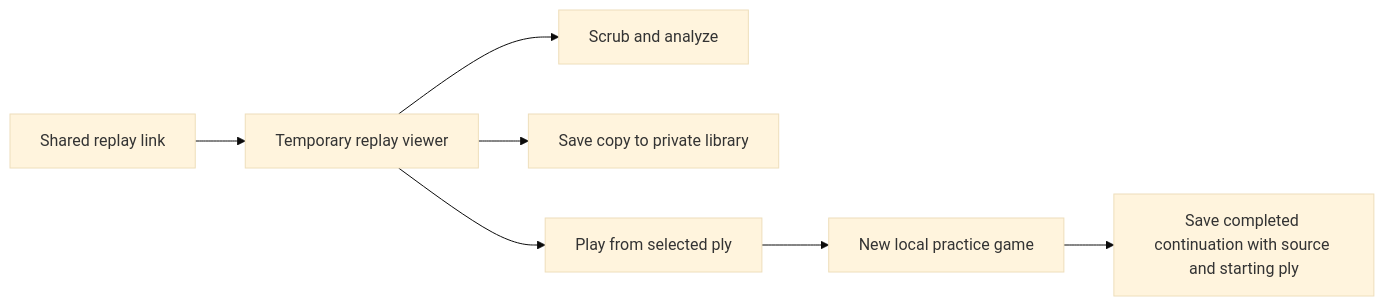
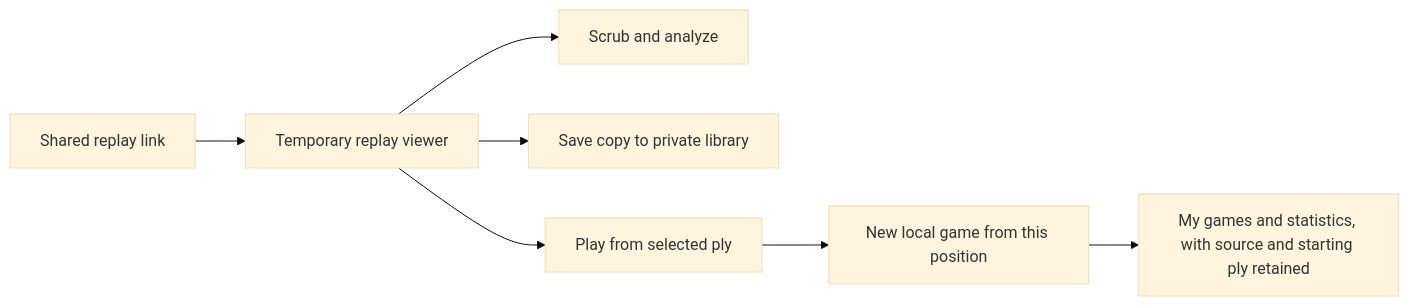
The diagram in docs/working/v0_6_profiles_and_replays.md (byebyebryan/gomoku2d), drawn with Mermaid (base theme) before and after one commit. The commit also changed other lines of this file and 36 other files, not shown here.

````diff
--- a/docs/working/v0_6_profiles_and_replays.md
+++ b/docs/working/v0_6_profiles_and_replays.md
@@ -143,9 +146,9 @@
 ```mermaid
 flowchart LR
   Link[Shared replay link] --> View[Temporary replay viewer]
   View --> Study[Scrub and analyze]
   View --> Save[Save copy to private library]
   View --> Continue[Play from selected ply]
-  Continue --> Practice[New local practice game]
-  Practice --> History[Save completed continuation with source and starting ply]
+  Continue --> Game[New local game from this position]
+  Game --> History[My games and statistics, with source and starting ply retained]
 ```
````
